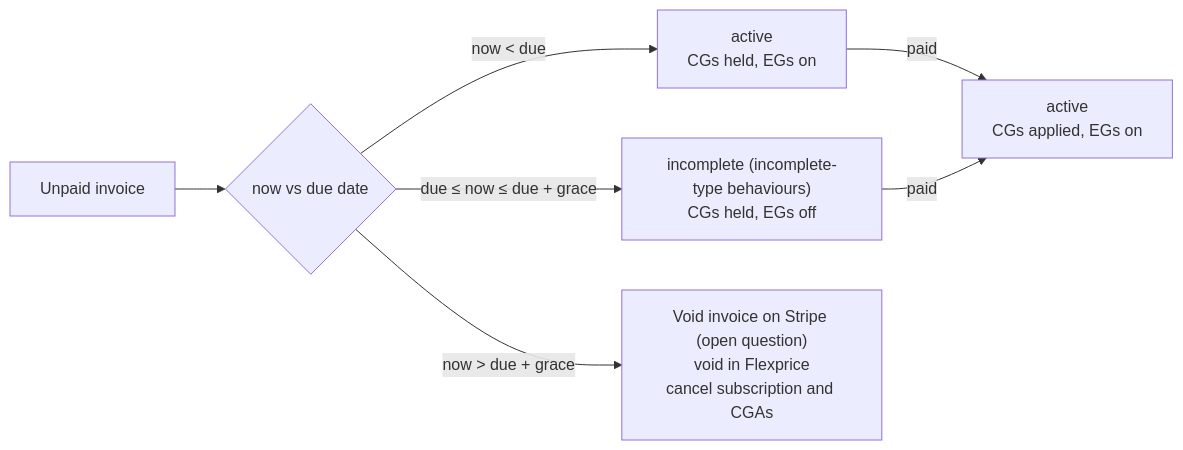
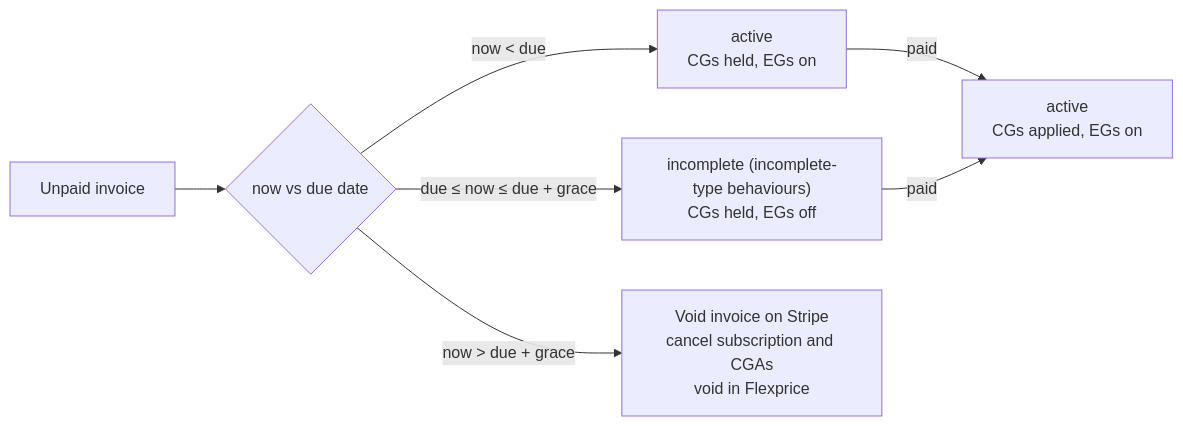
The third of 3 diagrams in docs/design/2026-09-29-subscription-renewal-gating.md (subratsahilgupta/flexprice), drawn with Mermaid before and after one commit. The commit also changed other lines of this file, not shown here.

Commit message:
updated ERD

````diff
--- a/docs/design/2026-09-29-subscription-renewal-gating.md
+++ b/docs/design/2026-09-29-subscription-renewal-gating.md
@@ -67,9 +67,9 @@
 ```mermaid
 flowchart LR
     S["Unpaid invoice"] --> T{"now vs due date"}
     T -- "now < due" --> A1["active<br/>CGs held, EGs on"]
     T -- "due ≤ now ≤ due + grace" --> A2["incomplete (incomplete-type behaviours)<br/>CGs held, EGs off"]
-    T -- "now > due + grace" --> A3["Void invoice on Stripe (open question)<br/>void in Flexprice<br/>cancel subscription and CGAs"]
+    T -- "now > due + grace" --> A3["Void invoice on Stripe<br/>cancel subscription and CGAs<br/>void in Flexprice"]
     A1 -- paid --> P["active<br/>CGs applied, EGs on"]
     A2 -- paid --> P
 ```
````
